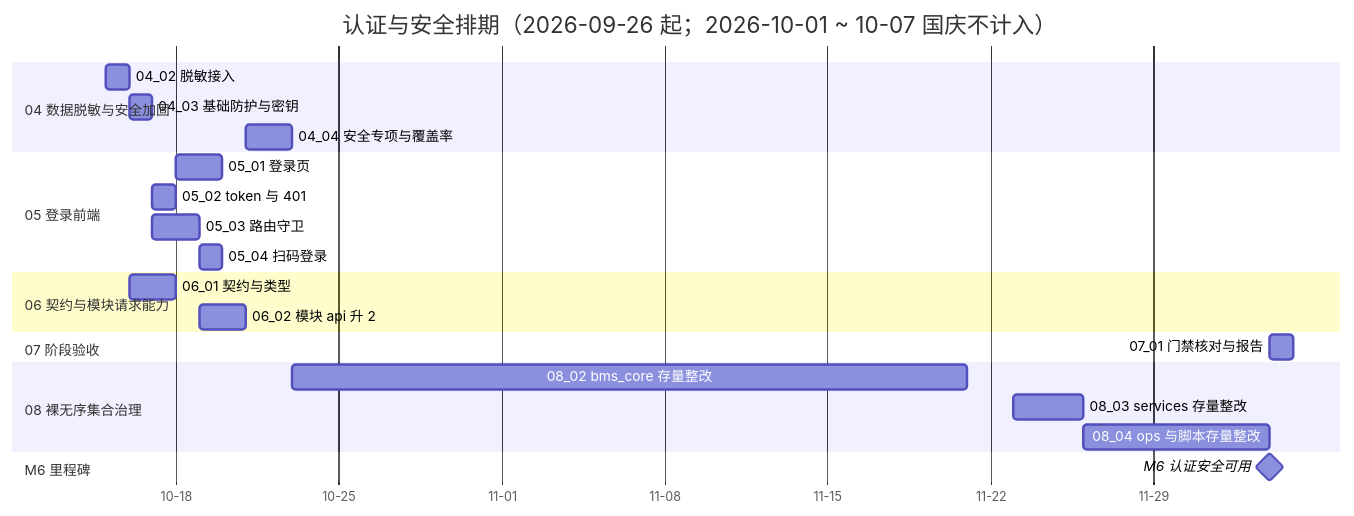
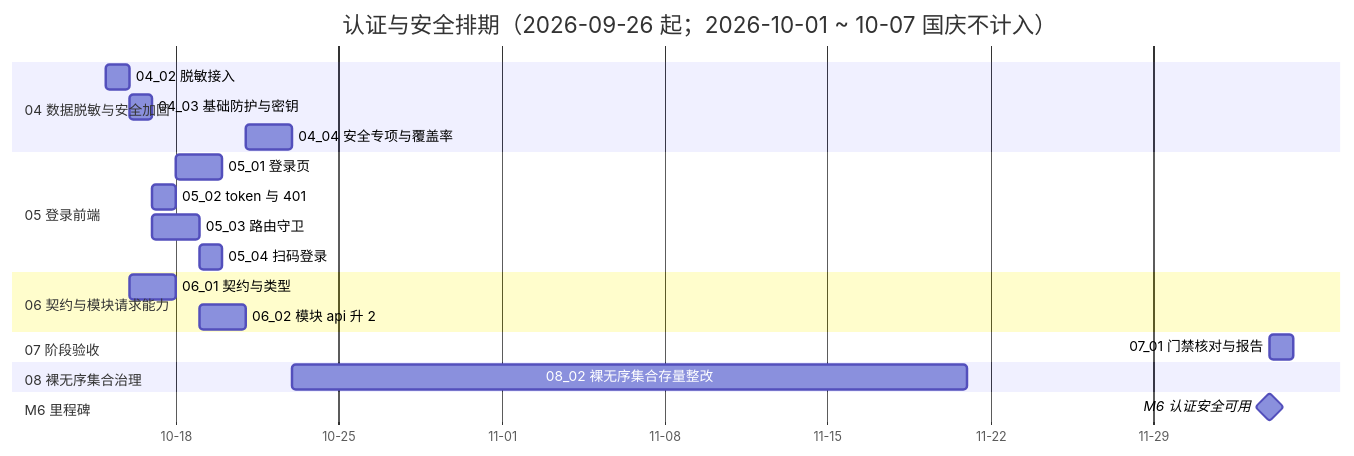
Before and after one commit to minjian123/basic-management-system: the diagram in bms文档/项目/06_认证与安全/计划/01_计划_认证与安全.md, drawn with Mermaid. The commit also changed other lines of this file and 15 other files, not shown here.

````diff
--- a/bms文档/项目/06_认证与安全/计划/01_计划_认证与安全.md
+++ b/bms文档/项目/06_认证与安全/计划/01_计划_认证与安全.md
@@ -77,26 +75,24 @@
 ```mermaid
 gantt
     title 认证与安全排期（2026-09-26 起；2026-10-01 ~ 10-07 国庆不计入）
     dateFormat  YYYY-MM-DD
     axisFormat %m-%d
     section 04 数据脱敏与安全加固
     04_02 脱敏接入 :d2, 2026-10-15, 1d
     04_03 基础防护与密钥 :d3, 2026-10-16, 1d
     04_04 安全专项与覆盖率 :d4, 2026-10-21, 2d
     section 05 登录前端
     05_01 登录页 :e1, 2026-10-18, 2d
     05_02 token 与 401 :e2, 2026-10-17, 1d
     05_03 路由守卫 :e3, 2026-10-17, 2d
     05_04 扫码登录 :e4, 2026-10-19, 1d
     section 06 契约与模块请求能力
     06_01 契约与类型 :f1, 2026-10-16, 2d
     06_02 模块 api 升 2 :f2, 2026-10-19, 2d
     section 07 阶段验收
     07_01 门禁核对与报告 :g1, 2026-12-04, 1d
     section 08 裸无序集合治理
-    08_02 bms_core 存量整改 :h1, 2026-10-23, 29d
-    08_03 services 存量整改 :h2, 2026-11-23, 3d
-    08_04 ops 与脚本存量整改 :h3, 2026-11-26, 8d
+    08_02 裸无序集合存量整改 :h1, 2026-10-23, 29d
     section M6 里程碑
     M6 认证安全可用 :milestone, mm6, 2026-12-04, 0d
 ```
````
